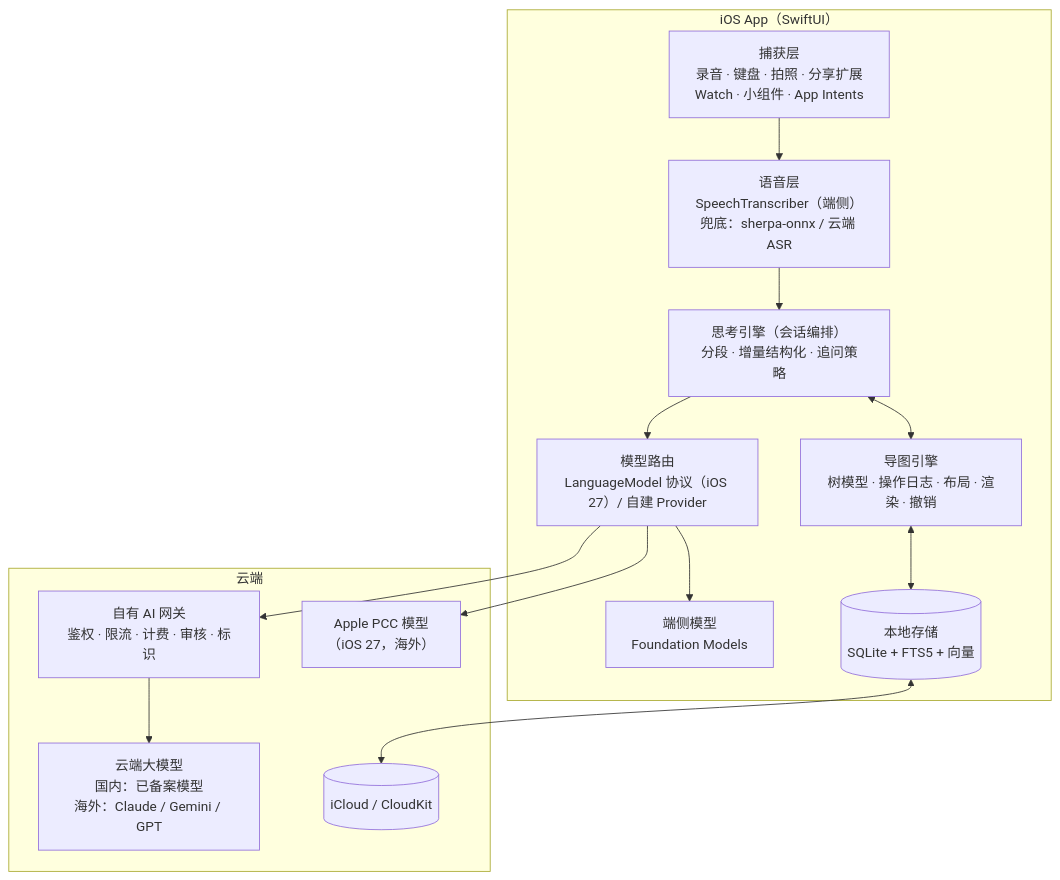
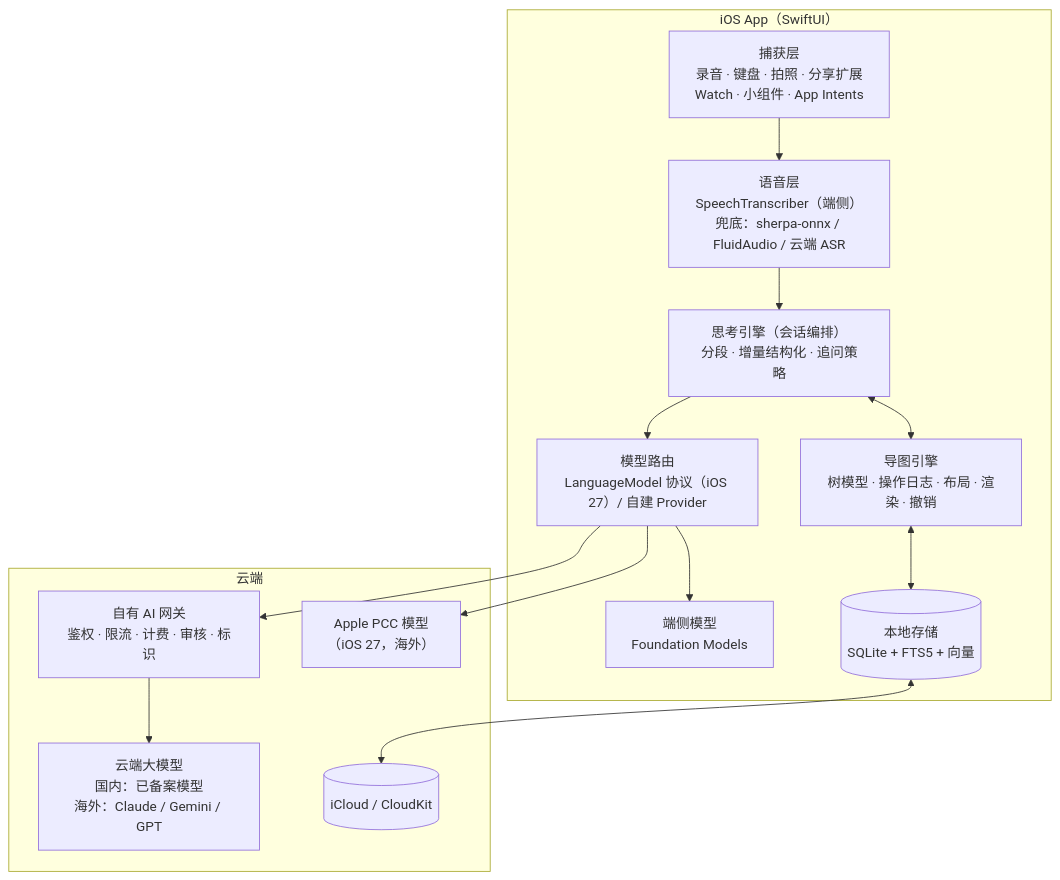
The first of 2 diagrams in docs/06-tech-architecture.md (bocmiao/Mind), drawn with Mermaid before and after one commit. The commit also changed other lines of this file and 1 other file, not shown here.

````diff
--- a/docs/06-tech-architecture.md
+++ b/docs/06-tech-architecture.md
@@ -24,26 +26,26 @@
 ```mermaid
 flowchart TB
     subgraph App["iOS App（SwiftUI）"]
         Cap["捕获层<br/>录音 · 键盘 · 拍照 · 分享扩展<br/>Watch · 小组件 · App Intents"]
-        ASR["语音层<br/>SpeechTranscriber（端侧）<br/>兜底：sherpa-onnx / 云端 ASR"]
+        ASR["语音层<br/>SpeechTranscriber（端侧）<br/>兜底：sherpa-onnx / FluidAudio / 云端 ASR"]
         Orc["思考引擎（会话编排）<br/>分段 · 增量结构化 · 追问策略"]
         Map["导图引擎<br/>树模型 · 操作日志 · 布局 · 渲染 · 撤销"]
         DB[("本地存储<br/>SQLite + FTS5 + 向量")]
         LLMr["模型路由<br/>LanguageModel 协议（iOS 27）/ 自建 Provider"]
         FM["端侧模型<br/>Foundation Models"]
     end
     subgraph Cloud["云端"]
         PCC["Apple PCC 模型<br/>（iOS 27，海外）"]
         GW["自有 AI 网关<br/>鉴权 · 限流 · 计费 · 审核 · 标识"]
         LLMc["云端大模型<br/>国内：已备案模型<br/>海外：Claude / Gemini / GPT"]
         CK[("iCloud / CloudKit")]
     end
     Cap --> ASR --> Orc
     Orc <--> Map
     Map <--> DB
     Orc --> LLMr
     LLMr --> FM
     LLMr --> PCC
     LLMr --> GW --> LLMc
     DB <--> CK
 ```
````
